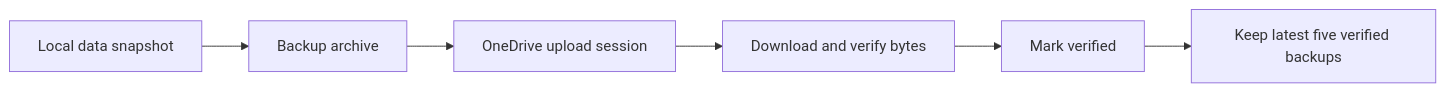
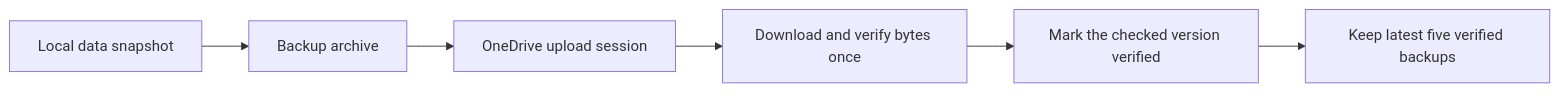
One commit to LuoIsHere/Valnook changed the diagram in docs/ONEDRIVE_BACKUP.md. Above: the diagram before and after it, drawn with Mermaid. The commit also changed other lines of this file and 3 other files, not shown here.

First line of the commit message:
docs(backup): align the OneDrive guide with the current backup flow

````diff
--- a/docs/ONEDRIVE_BACKUP.md
+++ b/docs/ONEDRIVE_BACKUP.md
@@ -46,8 +46,8 @@
 ```mermaid
 flowchart LR
     A[Local data snapshot] --> B[Backup archive]
     B --> C[OneDrive upload session]
-    C --> D[Download and verify bytes]
-    D --> E[Mark verified]
+    C --> D[Download and verify bytes once]
+    D --> E[Mark the checked version verified]
     E --> F[Keep latest five verified backups]
 ```
````
